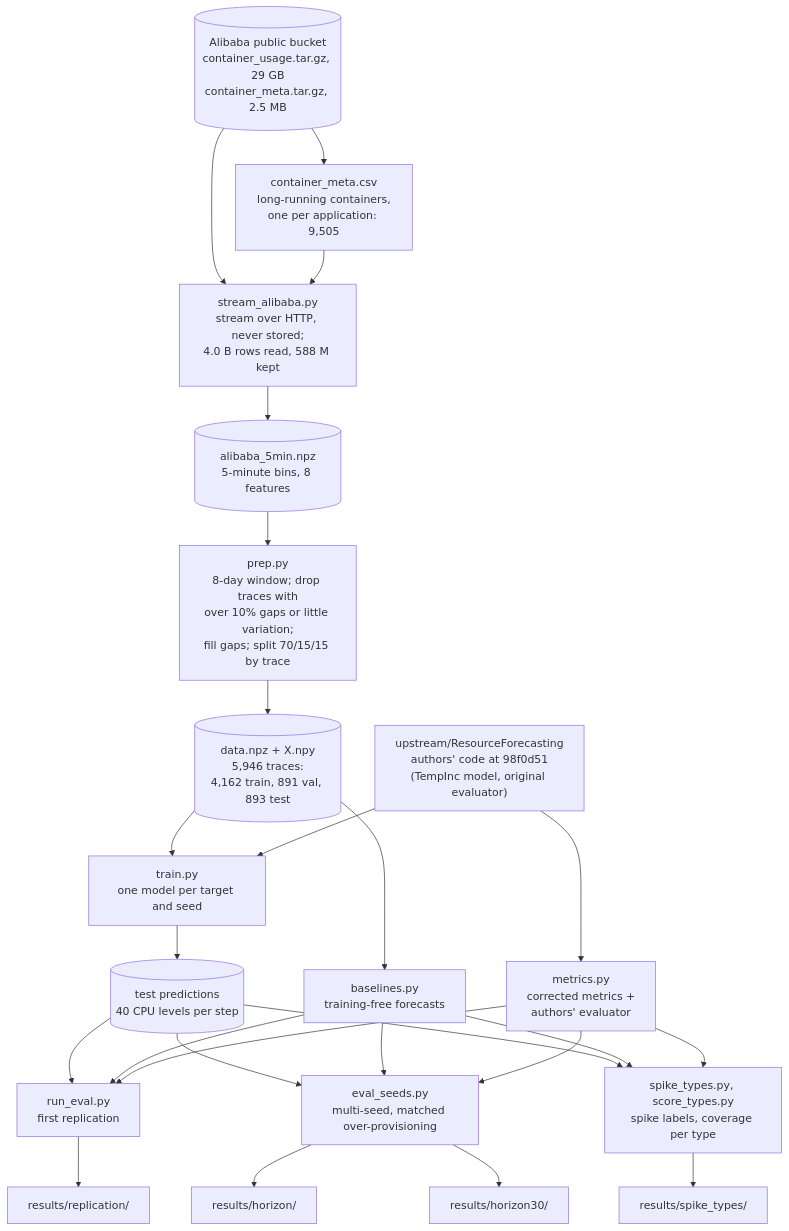
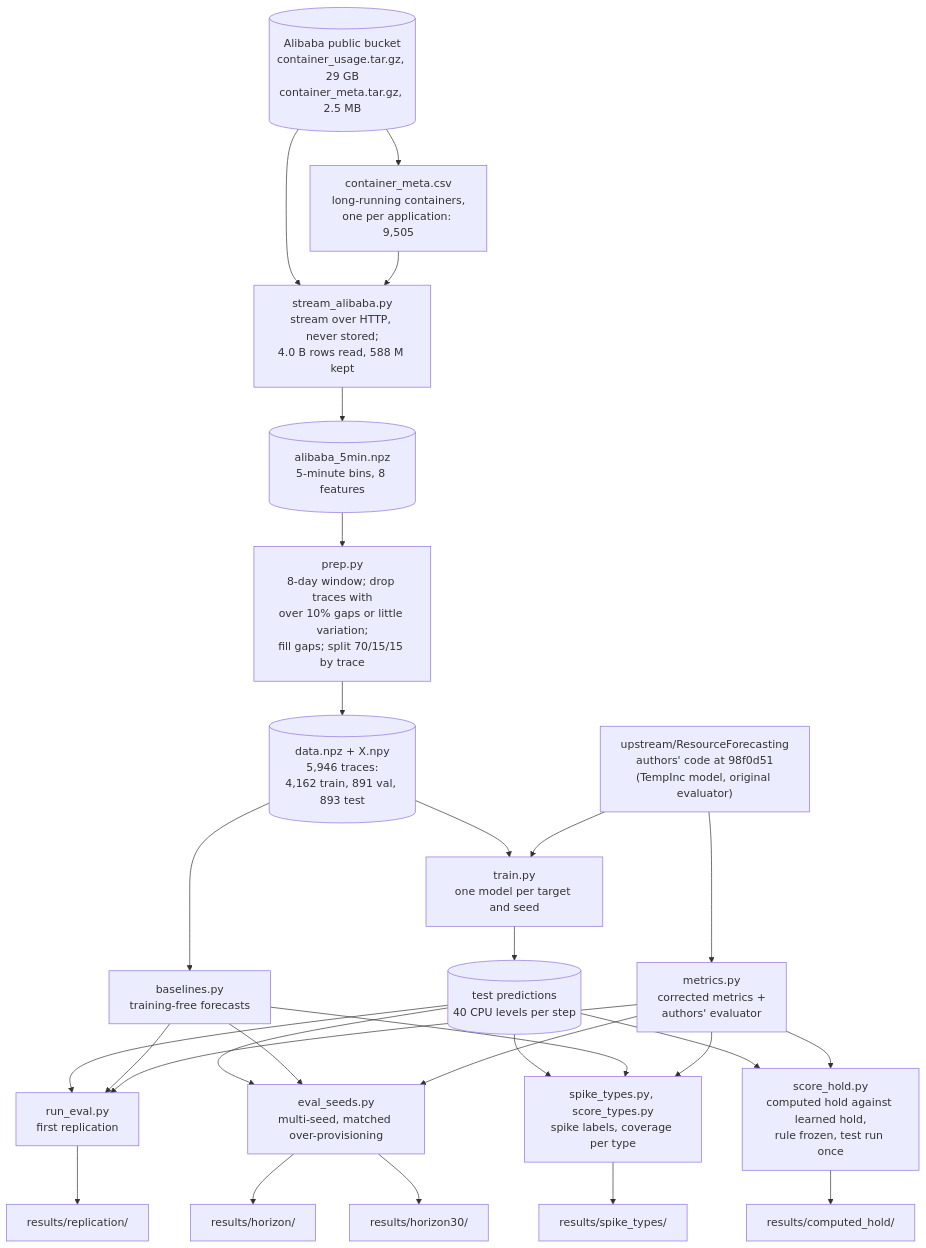
The first of 5 diagrams in docs/architecture.md (ashutosharma2/SpikeCheck), drawn with Mermaid before and after one commit. The commit also changed other lines of this file and 4 other files, not shown here.

First line of the commit message:
Write up the computed-hold test

````diff
--- a/docs/architecture.md
+++ b/docs/architecture.md
@@ -26,45 +26,50 @@
 ```mermaid
 flowchart TD
     OSS[("Alibaba public bucket<br/>container_usage.tar.gz, 29 GB<br/>container_meta.tar.gz, 2.5 MB")]
     META["container_meta.csv<br/>long-running containers,<br/>one per application: 9,505"]
     STREAM["stream_alibaba.py<br/>stream over HTTP, never stored;<br/>4.0 B rows read, 588 M kept"]
     AGG[("alibaba_5min.npz<br/>5-minute bins, 8 features")]
     PREP["prep.py<br/>8-day window; drop traces with<br/>over 10% gaps or little variation;<br/>fill gaps; split 70/15/15 by trace"]
     DATA[("data.npz + X.npy<br/>5,946 traces:<br/>4,162 train, 891 val, 893 test")]
     UP["upstream/ResourceForecasting<br/>authors' code at 98f0d51<br/>(TempInc model, original evaluator)"]
     TRAIN["train.py<br/>one model per target and seed"]
     PROBS[("test predictions<br/>40 CPU levels per step")]
     BASE["baselines.py<br/>training-free forecasts"]
     EVAL1["run_eval.py<br/>first replication"]
     EVAL2["eval_seeds.py<br/>multi-seed, matched over-provisioning"]
     M["metrics.py<br/>corrected metrics +<br/>authors' evaluator"]
     R1["results/replication/"]
     R2["results/horizon/"]
     R3["results/horizon30/"]
     EVAL3["spike_types.py, score_types.py<br/>spike labels, coverage per type"]
     R4["results/spike_types/"]
+    EVAL4["score_hold.py<br/>computed hold against learned hold,<br/>rule frozen, test run once"]
+    R5["results/computed_hold/"]
 
     OSS --> META
     OSS --> STREAM
     META --> STREAM
     STREAM --> AGG --> PREP --> DATA
     DATA --> TRAIN
     UP --> TRAIN
     TRAIN --> PROBS
     PROBS --> EVAL1
     PROBS --> EVAL2
     DATA --> BASE
     BASE --> EVAL1
     BASE --> EVAL2
     M --> EVAL1
     M --> EVAL2
     UP --> M
     EVAL1 --> R1
     EVAL2 --> R2
     EVAL2 --> R3
     PROBS --> EVAL3
     BASE --> EVAL3
     M --> EVAL3
     EVAL3 --> R4
+    PROBS --> EVAL4
+    M --> EVAL4
+    EVAL4 --> R5
 
 ```
````
